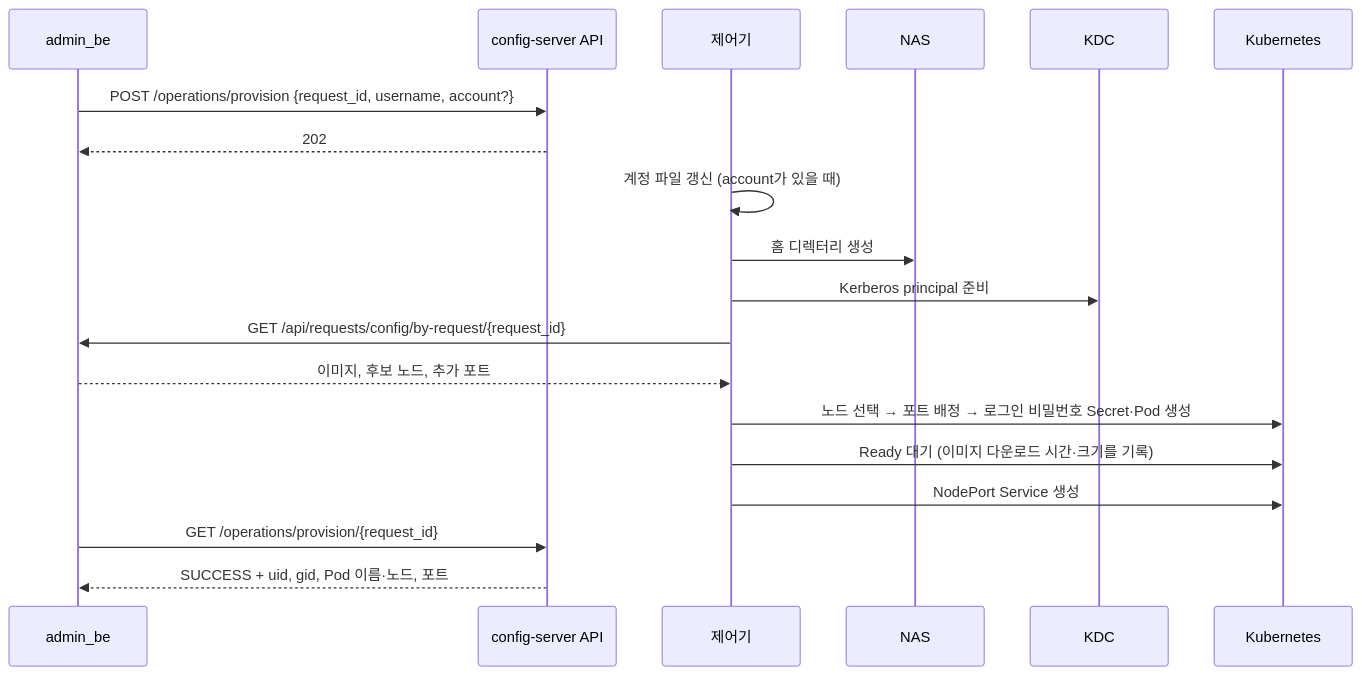
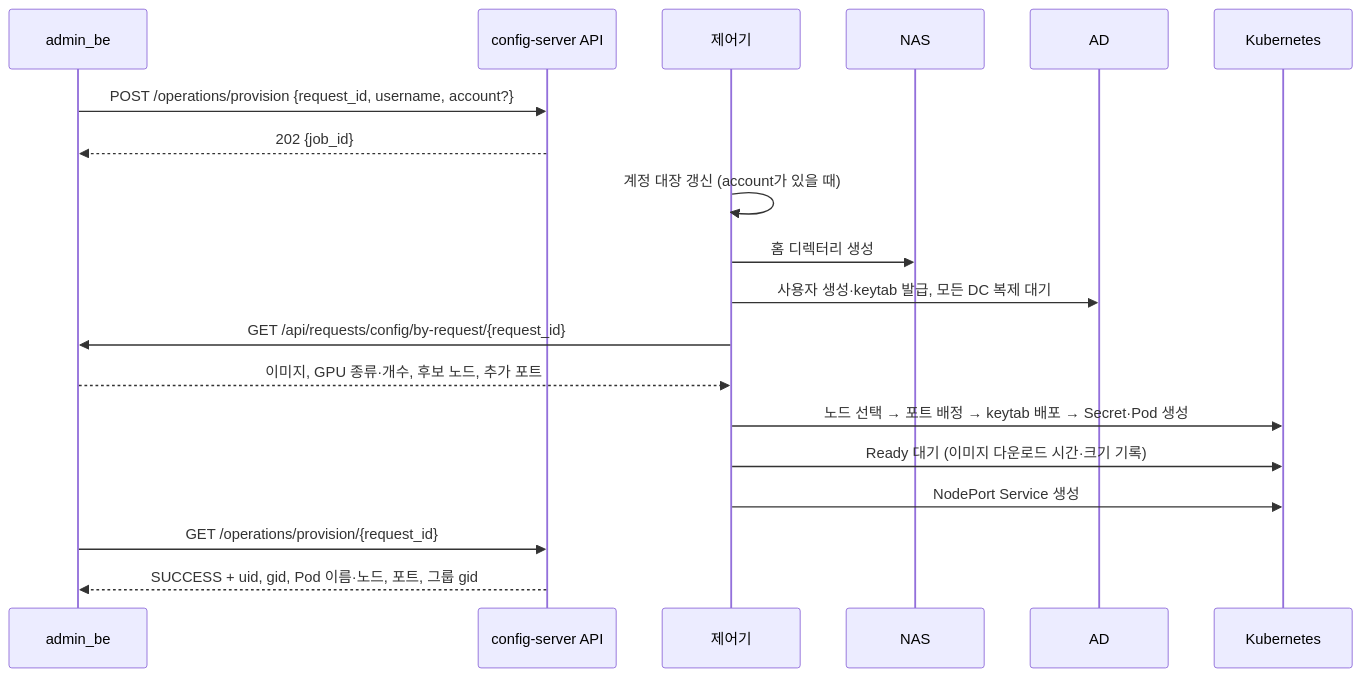
Before and after one commit to CSID-DGU/admin_wiki: the first of 4 diagrams in md/infra/design/시스템-아키텍처.md, drawn with Mermaid. The commit also changed other lines of this file and 12 other files, not shown here.

````diff
--- a/md/infra/design/시스템-아키텍처.md
+++ b/md/infra/design/시스템-아키텍처.md
@@ -42,22 +50,22 @@
 ```mermaid
 sequenceDiagram
     participant BE as admin_be
     participant CS as config-server API
     participant CT as 제어기
     participant NAS as NAS
-    participant KDC as KDC
+    participant AD as AD
     participant K as Kubernetes
 
     BE->>CS: POST /operations/provision {request_id, username, account?}
-    CS-->>BE: 202
-    CT->>CT: 계정 파일 갱신 (account가 있을 때)
+    CS-->>BE: 202 {job_id}
+    CT->>CT: 계정 대장 갱신 (account가 있을 때)
     CT->>NAS: 홈 디렉터리 생성
-    CT->>KDC: Kerberos principal 준비
+    CT->>AD: 사용자 생성·keytab 발급, 모든 DC 복제 대기
     CT->>BE: GET /api/requests/config/by-request/{request_id}
-    BE-->>CT: 이미지, 후보 노드, 추가 포트
-    CT->>K: 노드 선택 → 포트 배정 → 로그인 비밀번호 Secret·Pod 생성
-    CT->>K: Ready 대기 (이미지 다운로드 시간·크기를 기록)
+    BE-->>CT: 이미지, GPU 종류·개수, 후보 노드, 추가 포트
+    CT->>K: 노드 선택 → 포트 배정 → keytab 배포 → Secret·Pod 생성
+    CT->>K: Ready 대기 (이미지 다운로드 시간·크기 기록)
     CT->>K: NodePort Service 생성
     BE->>CS: GET /operations/provision/{request_id}
-    CS-->>BE: SUCCESS + uid, gid, Pod 이름·노드, 포트
+    CS-->>BE: SUCCESS + uid, gid, Pod 이름·노드, 포트, 그룹 gid
 ```
````
